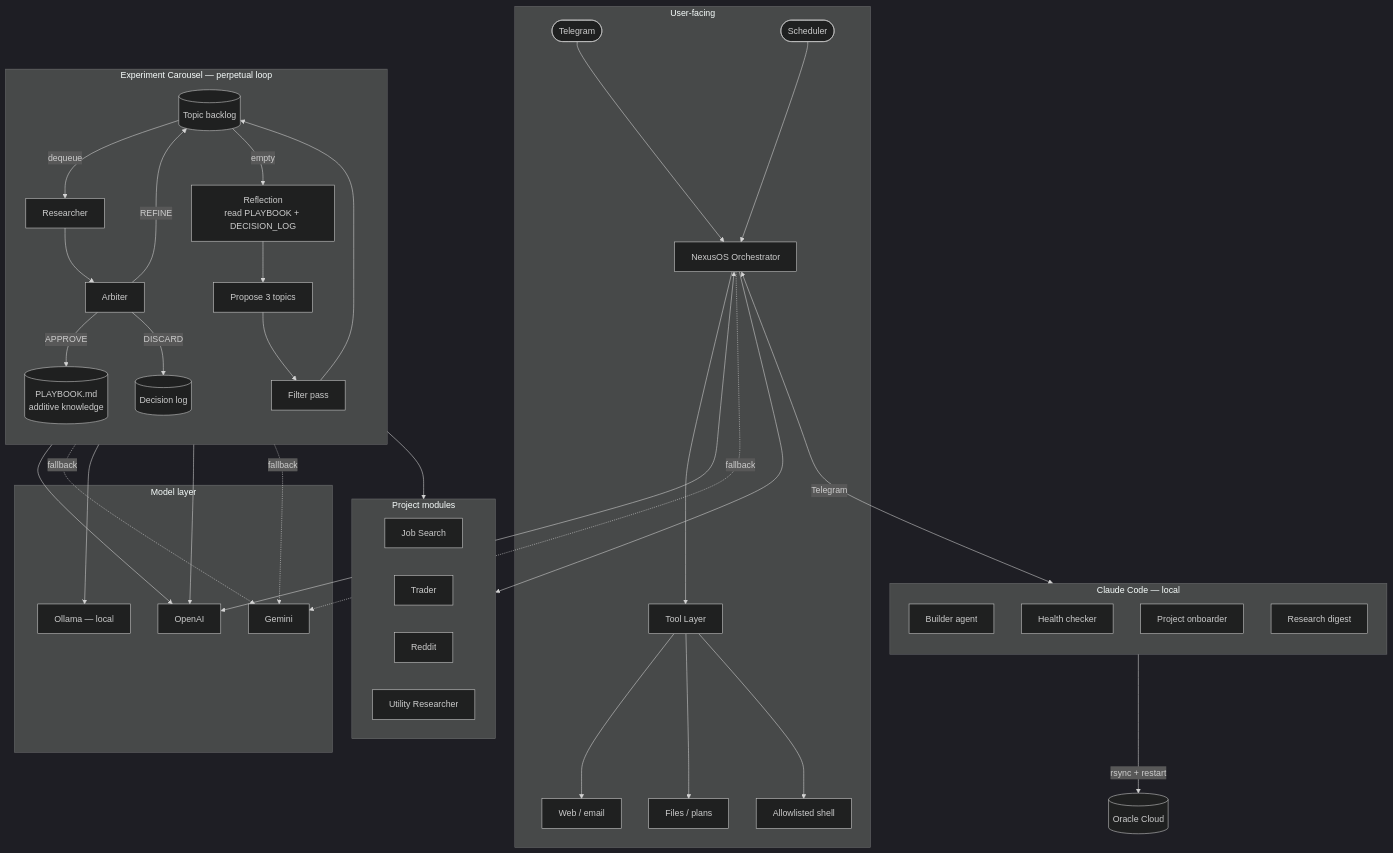
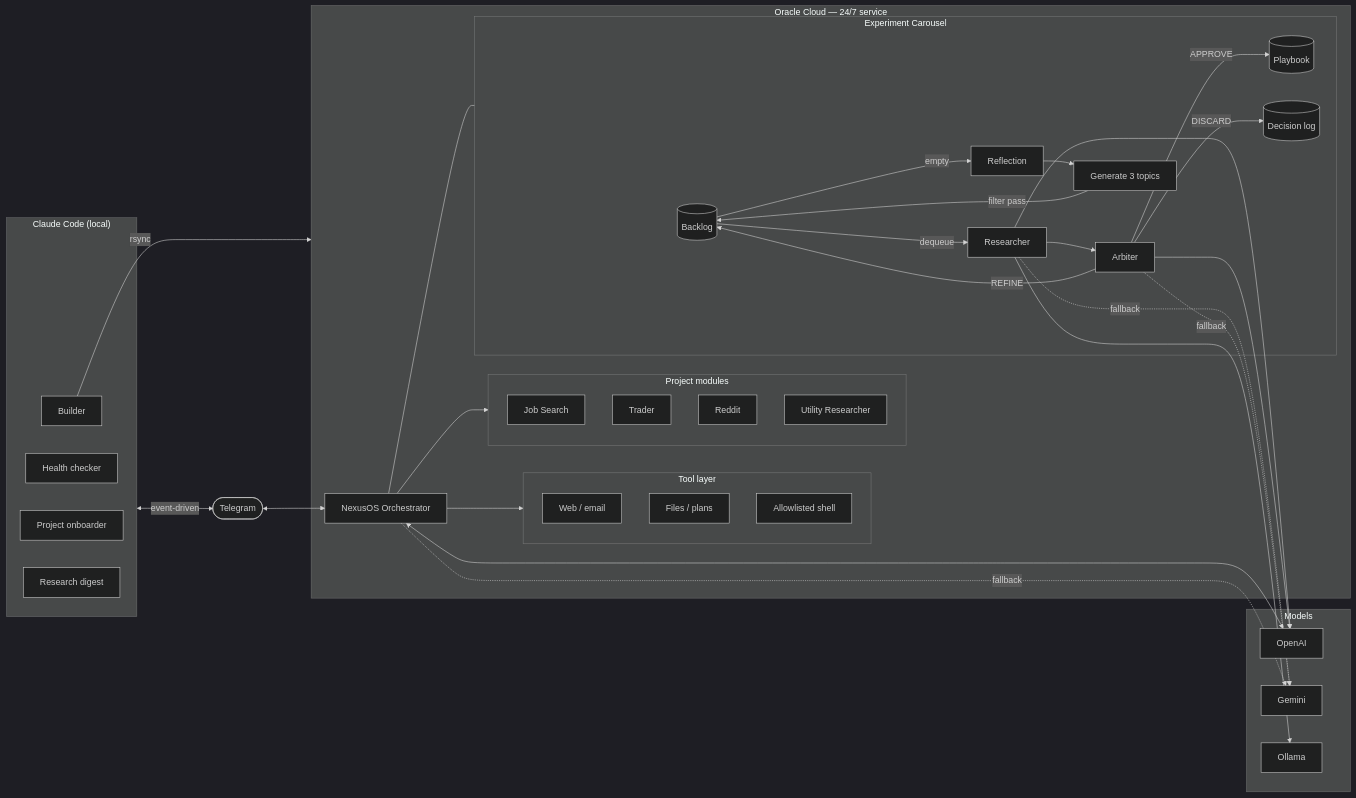
Before and after one commit to MagicJeff/Open_Claw_Setup_Oli_Lester: the diagram in README.md, drawn with Mermaid (dark theme).

Commit message:
docs: fix diagram layout - switch to LR, nest inside server subgraph

````diff
--- a/README.md
+++ b/README.md
@@ -56,59 +56,61 @@
 ```mermaid
-flowchart TD
-    subgraph USER["User-facing"]
-        U([Telegram]) --> N[NexusOS Orchestrator]
-        SCH([Scheduler]) --> N
-        N --> TOOLS[Tool Layer]
-        TOOLS --> WEB[Web / email]
-        TOOLS --> FILES[Files / plans]
-        TOOLS --> SHELL[Allowlisted shell]
-    end
-
-    subgraph MODELS["Model layer"]
-        OAI[OpenAI]
-        GEM[Gemini]
-        OLL[Ollama — local]
-    end
-
-    subgraph CAROUSEL["Experiment Carousel — perpetual loop"]
-        direction TB
-        BL[(Topic backlog)] -->|dequeue| RES[Researcher]
-        RES --> ARB[Arbiter]
-        ARB -->|APPROVE| PB[(PLAYBOOK.md\nadditive knowledge)]
-        ARB -->|REFINE| BL
-        ARB -->|DISCARD| DL[(Decision log)]
-        BL -->|empty| REF[Reflection\nread PLAYBOOK + DECISION_LOG]
-        REF --> GEN[Propose 3 topics]
-        GEN --> FILT[Filter pass]
-        FILT --> BL
-    end
-
-    subgraph CC["Claude Code — local"]
-        direction TB
-        CCB[Builder agent]
+flowchart LR
+    subgraph CC["Claude Code (local)"]
+        CCB[Builder]
         CCH[Health checker]
         CCP[Project onboarder]
         CCD[Research digest]
     end
+
+    TG([Telegram])
+
+    subgraph SERVER["Oracle Cloud — 24/7 service"]
+        N[NexusOS Orchestrator]
+
+        subgraph TOOLS["Tool layer"]
+            WEB[Web / email]
+            FILES[Files / plans]
+            SHELL[Allowlisted shell]
+        end
+
+        subgraph PROJECTS["Project modules"]
+            JS[Job Search]
+            TR[Trader]
+            RD[Reddit]
+            UR[Utility Researcher]
+        end
+
+        subgraph CAROUSEL["Experiment Carousel"]
+            BL[(Backlog)] -->|dequeue| RES[Researcher]
+            RES --> ARB[Arbiter]
+            ARB -->|APPROVE| PB[(Playbook)]
+            ARB -->|REFINE| BL
+            ARB -->|DISCARD| DL[(Decision log)]
+            BL -->|empty| REF[Reflection]
+            REF --> GEN[Generate 3 topics]
+            GEN -->|filter pass| BL
+        end
+
+        N --> TOOLS
+        N --> PROJECTS
+        N --- CAROUSEL
+    end
+
+    subgraph MODELS["Models"]
+        OAI[OpenAI]
+        GEM[Gemini]
+        OLL[Ollama]
+    end
+
+    CC <-->|event-driven| TG
+    TG <--> N
+    CCB -->|rsync| SERVER
 
     N <--> OAI
     N -.fallback.-> GEM
     RES --> OAI
     RES -.fallback.-> GEM
     RES --> OLL
     ARB --> OAI
     ARB -.fallback.-> GEM
-
-    subgraph PROJECTS["Project modules"]
-        JS[Job Search]
-        TR[Trader]
-        RD[Reddit]
-        UR[Utility Researcher]
-    end
-
-    N --> PROJECTS
-    CAROUSEL --> PROJECTS
-
-    N <-->|Telegram| CC
-    CCB -->|rsync + restart| SERVER[(Oracle Cloud)]
 ```
````
